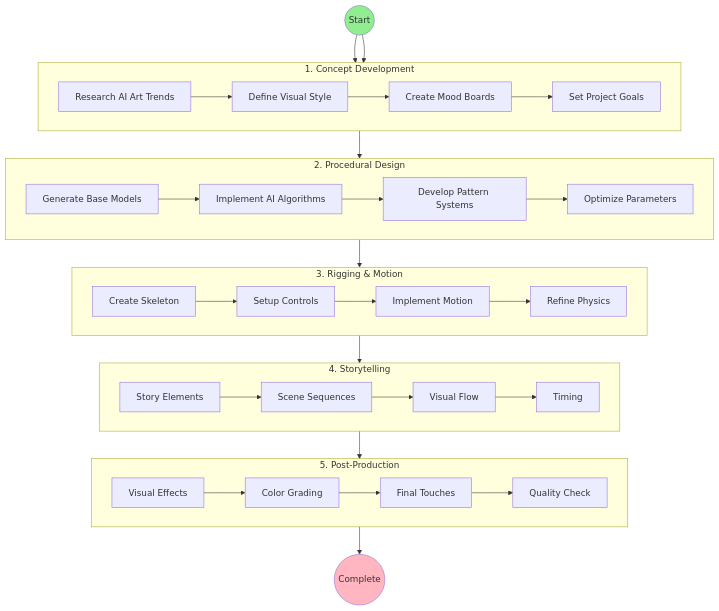
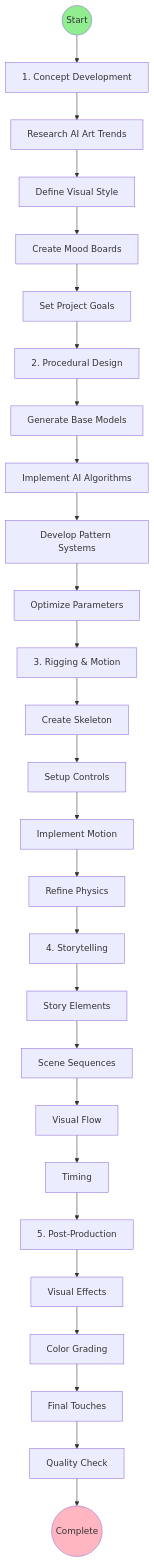
One commit to lionbrush/3d-ai changed the diagram in assets/assets.md. Above: the diagram before and after it, drawn with Mermaid.

````diff
--- a/assets/assets.md
+++ b/assets/assets.md
@@ -3,44 +3,38 @@
 ```mermaid
 flowchart TD
     Start((Start)) --> Concept
-
-    subgraph Concept["1. Concept Development"]
-        A1[Research AI Art Trends] --> A2[Define Visual Style]
-        A2 --> A3[Create Mood Boards]
-        A3 --> A4[Set Project Goals]
-    end
-
-    subgraph Procedural["2. Procedural Design"]
-        B1[Generate Base Models] --> B2[Implement AI Algorithms]
-        B2 --> B3[Develop Pattern Systems]
-        B3 --> B4[Optimize Parameters]
-    end
-
-    subgraph Rigging["3. Rigging & Motion"]
-        C1[Create Skeleton] --> C2[Setup Controls]
-        C2 --> C3[Implement Motion]
-        C3 --> C4[Refine Physics]
-    end
-
-    subgraph Narrative["4. Storytelling"]
-        D1[Story Elements] --> D2[Scene Sequences]
-        D2 --> D3[Visual Flow]
-        D3 --> D4[Timing]
-    end
-
-    subgraph PostFX["5. Post-Production"]
-        E1[Visual Effects] --> E2[Color Grading]
-        E2 --> E3[Final Touches]
-        E3 --> E4[Quality Check]
-    end
-
-    Start --> Concept
-    Concept --> Procedural
-    Procedural --> Rigging
-    Rigging --> Narrative
-    Narrative --> PostFX
-    PostFX --> End((Complete))
+    
+    Concept[1. Concept Development] --> A1
+    A1[Research AI Art Trends] --> A2[Define Visual Style]
+    A2 --> A3[Create Mood Boards]
+    A3 --> A4[Set Project Goals]
+    
+    A4 --> Procedural[2. Procedural Design]
+    Procedural --> B1[Generate Base Models]
+    B1 --> B2[Implement AI Algorithms]
+    B2 --> B3[Develop Pattern Systems]
+    B3 --> B4[Optimize Parameters]
+    
+    B4 --> Rigging[3. Rigging & Motion]
+    Rigging --> C1[Create Skeleton]
+    C1 --> C2[Setup Controls]
+    C2 --> C3[Implement Motion]
+    C3 --> C4[Refine Physics]
+    
+    C4 --> Narrative[4. Storytelling]
+    Narrative --> D1[Story Elements]
+    D1 --> D2[Scene Sequences]
+    D2 --> D3[Visual Flow]
+    D3 --> D4[Timing]
+    
+    D4 --> PostFX[5. Post-Production]
+    PostFX --> E1[Visual Effects]
+    E1 --> E2[Color Grading]
+    E2 --> E3[Final Touches]
+    E3 --> E4[Quality Check]
+    
+    E4 --> End((Complete))
 
     style Start fill:#90EE90
     style End fill:#FFB6C1
 ```
````
